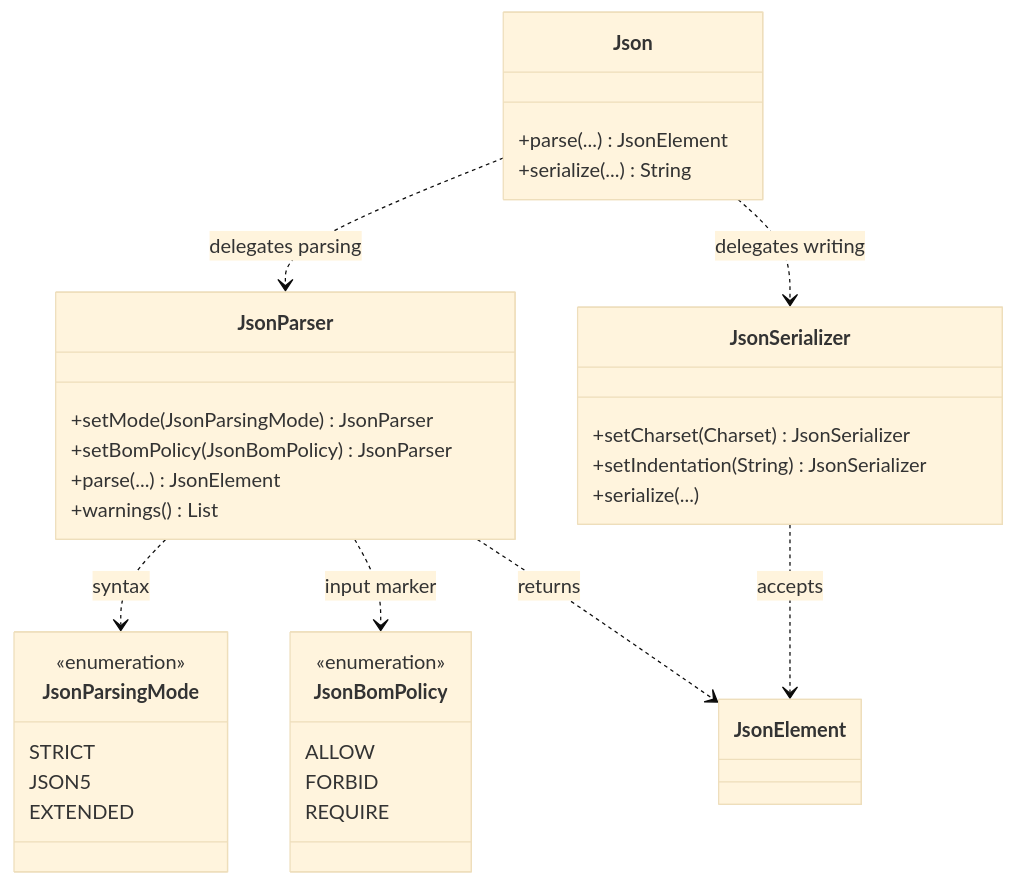
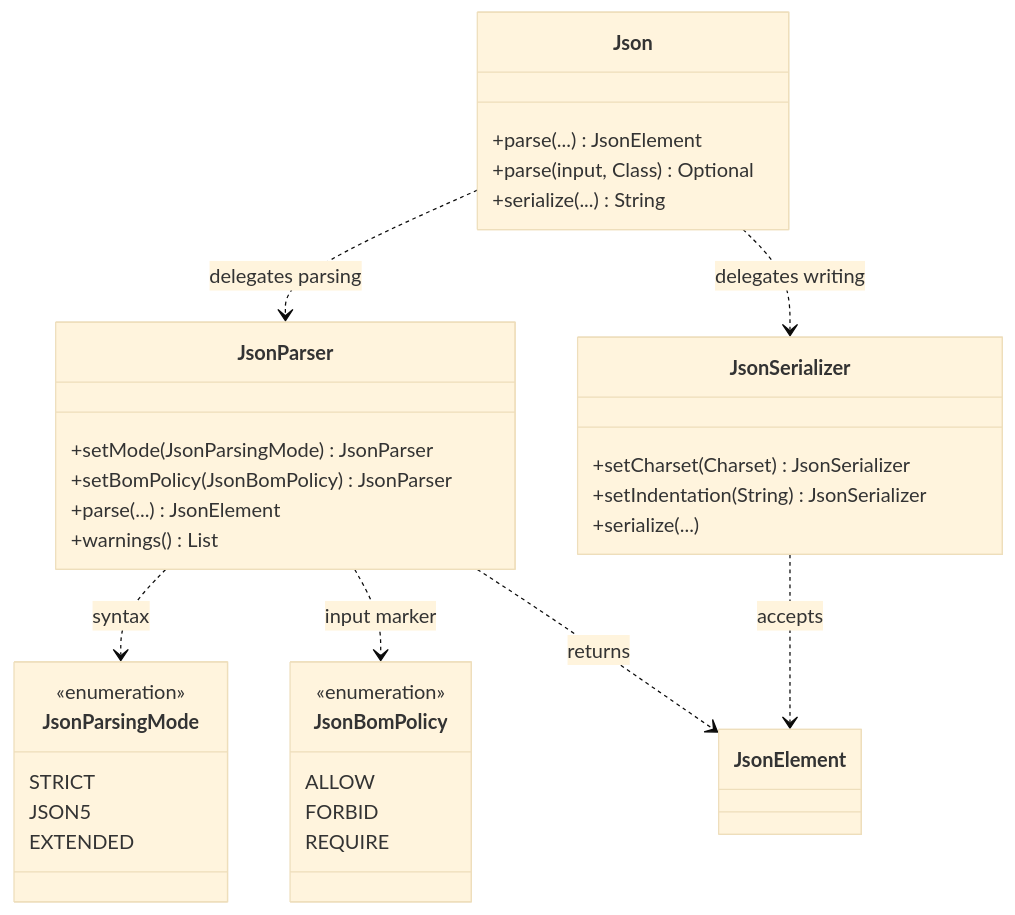
The third of 5 diagrams in docs/public-api.md (kniazkov/json), drawn with Mermaid (base theme) before and after one commit. The commit also changed other lines of this file and 45 other files, not shown here.

````diff
--- a/docs/public-api.md
+++ b/docs/public-api.md
@@ -98,37 +98,38 @@
 ```mermaid
 classDiagram
     direction TB
     class Json {
         +parse(...) JsonElement
+        +parse(input, Class) Optional
         +serialize(...) String
     }
     class JsonParser {
         +setMode(JsonParsingMode) JsonParser
         +setBomPolicy(JsonBomPolicy) JsonParser
         +parse(...) JsonElement
         +warnings() List
     }
     class JsonSerializer {
         +setCharset(Charset) JsonSerializer
         +setIndentation(String) JsonSerializer
         +serialize(...)
     }
     class JsonParsingMode {
         <<enumeration>>
         STRICT
         JSON5
         EXTENDED
     }
     class JsonBomPolicy {
         <<enumeration>>
         ALLOW
         FORBID
         REQUIRE
     }
     Json ..> JsonParser : delegates parsing
     Json ..> JsonSerializer : delegates writing
     JsonParser ..> JsonParsingMode : syntax
     JsonParser ..> JsonBomPolicy : input marker
     JsonParser ..> JsonElement : returns
     JsonSerializer ..> JsonElement : accepts
 ```
````
